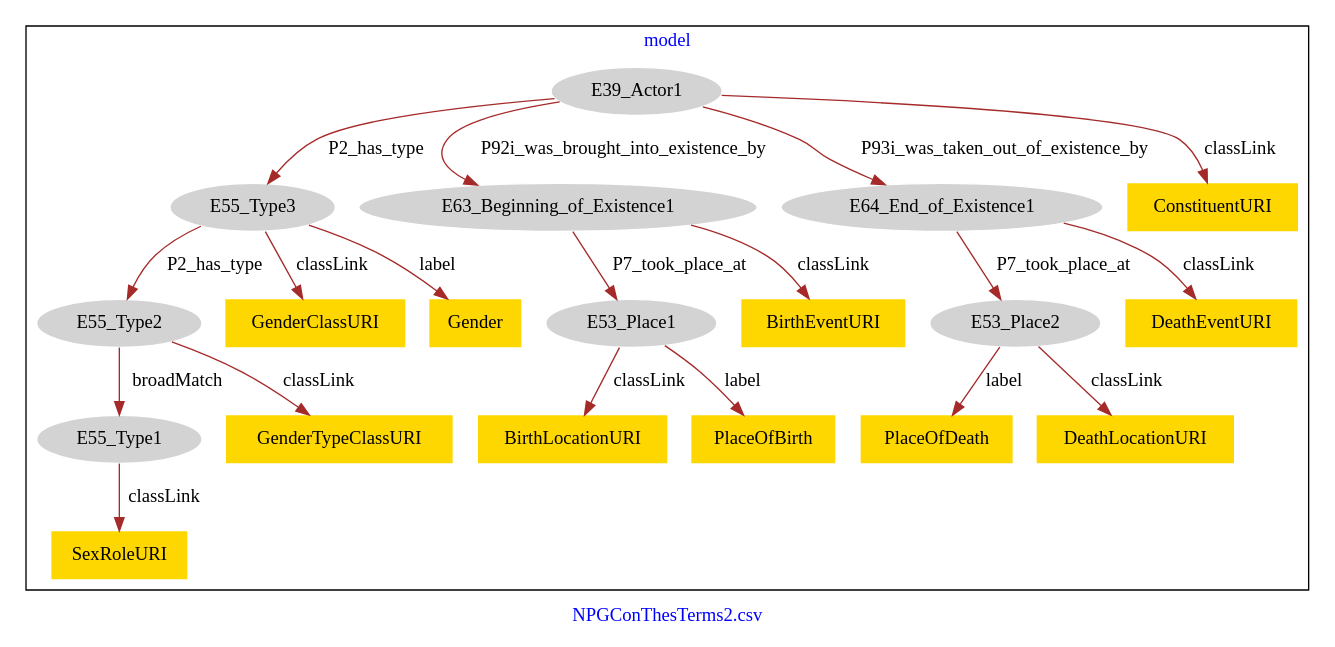
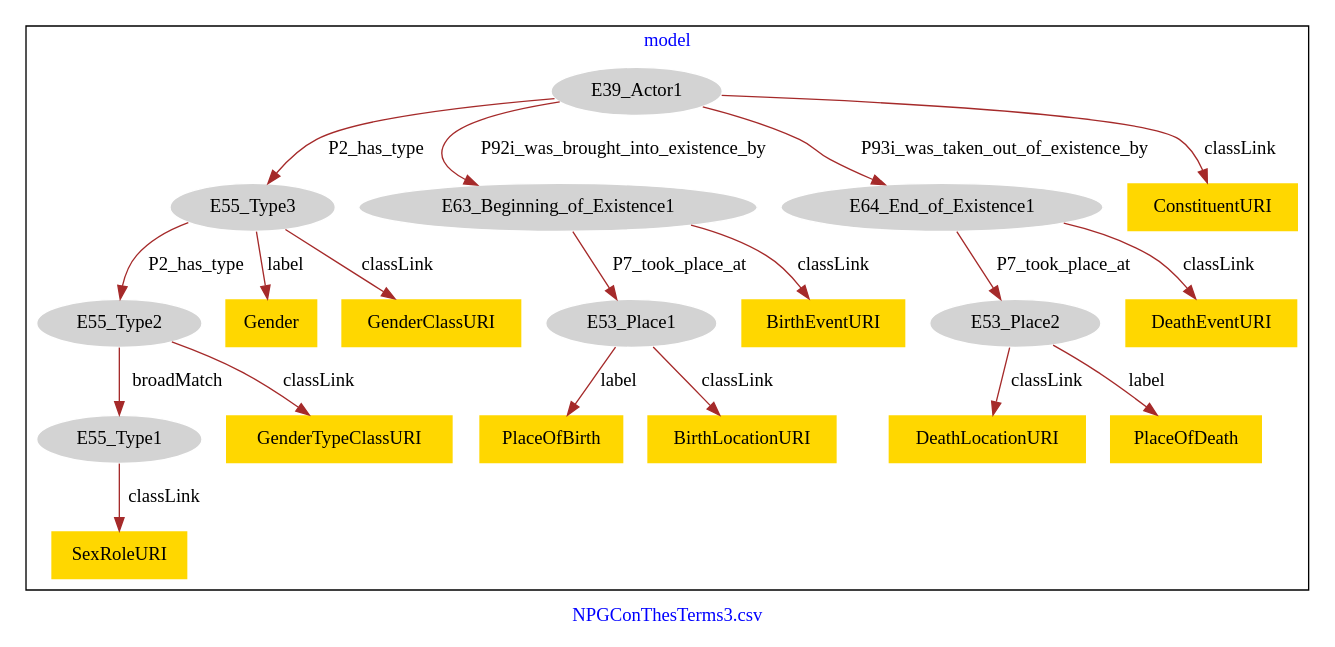
The diagram in NPGConThesTerms/NPGConThesTerms2-model.dot (american-art/npg), drawn with Graphviz before and after one commit.

Commit message:
Update file NPGConThesTerms2-model.dot

```diff
--- a/NPGConThesTerms/NPGConThesTerms2-model.dot
+++ b/NPGConThesTerms/NPGConThesTerms2-model.dot
@@ -1,45 +1,45 @@
 digraph n0 {
 fontcolor="blue"
 remincross="true"
-label="NPGConThesTerms2.csv"
+label="NPGConThesTerms3.csv"
 subgraph cluster {
 label="model"
 n2[style="filled",color="white",fillcolor="lightgray",label="E39_Actor1"];
 n3[style="filled",color="white",fillcolor="lightgray",label="E55_Type3"];
 n4[style="filled",color="white",fillcolor="lightgray",label="E63_Beginning_of_Existence1"];
 n5[style="filled",color="white",fillcolor="lightgray",label="E64_End_of_Existence1"];
 n6[style="filled",color="white",fillcolor="lightgray",label="E55_Type2"];
 n7[style="filled",color="white",fillcolor="lightgray",label="E55_Type1"];
 n8[style="filled",color="white",fillcolor="lightgray",label="E53_Place1"];
 n9[style="filled",color="white",fillcolor="lightgray",label="E53_Place2"];
-n10[shape="plaintext",style="filled",fillcolor="gold",label="GenderTypeClassURI"];
-n11[shape="plaintext",style="filled",fillcolor="gold",label="BirthEventURI"];
-n12[shape="plaintext",style="filled",fillcolor="gold",label="BirthLocationURI"];
-n13[shape="plaintext",style="filled",fillcolor="gold",label="DeathEventURI"];
-n14[shape="plaintext",style="filled",fillcolor="gold",label="PlaceOfDeath"];
-n15[shape="plaintext",style="filled",fillcolor="gold",label="GenderClassURI"];
-n16[shape="plaintext",style="filled",fillcolor="gold",label="PlaceOfBirth"];
-n17[shape="plaintext",style="filled",fillcolor="gold",label="DeathLocationURI"];
-n18[shape="plaintext",style="filled",fillcolor="gold",label="ConstituentURI"];
-n19[shape="plaintext",style="filled",fillcolor="gold",label="Gender"];
-n20[shape="plaintext",style="filled",fillcolor="gold",label="SexRoleURI"];
+n10[shape="plaintext",style="filled",fillcolor="gold",label="Gender"];
+n11[shape="plaintext",style="filled",fillcolor="gold",label="DeathLocationURI"];
+n12[shape="plaintext",style="filled",fillcolor="gold",label="PlaceOfBirth"];
+n13[shape="plaintext",style="filled",fillcolor="gold",label="BirthEventURI"];
+n14[shape="plaintext",style="filled",fillcolor="gold",label="BirthLocationURI"];
+n15[shape="plaintext",style="filled",fillcolor="gold",label="GenderTypeClassURI"];
+n16[shape="plaintext",style="filled",fillcolor="gold",label="ConstituentURI"];
+n17[shape="plaintext",style="filled",fillcolor="gold",label="SexRoleURI"];
+n18[shape="plaintext",style="filled",fillcolor="gold",label="PlaceOfDeath"];
+n19[shape="plaintext",style="filled",fillcolor="gold",label="DeathEventURI"];
+n20[shape="plaintext",style="filled",fillcolor="gold",label="GenderClassURI"];
 }
 n2 -> n3[color="brown",fontcolor="black",label="P2_has_type"]
 n2 -> n4[color="brown",fontcolor="black",label="P92i_was_brought_into_existence_by"]
 n2 -> n5[color="brown",fontcolor="black",label="P93i_was_taken_out_of_existence_by"]
 n6 -> n7[color="brown",fontcolor="black",label="broadMatch"]
 n3 -> n6[color="brown",fontcolor="black",label="P2_has_type"]
 n4 -> n8[color="brown",fontcolor="black",label="P7_took_place_at"]
 n5 -> n9[color="brown",fontcolor="black",label="P7_took_place_at"]
-n6 -> n10[color="brown",fontcolor="black",label="classLink"]
-n4 -> n11[color="brown",fontcolor="black",label="classLink"]
-n8 -> n12[color="brown",fontcolor="black",label="classLink"]
-n5 -> n13[color="brown",fontcolor="black",label="classLink"]
-n9 -> n14[color="brown",fontcolor="black",label="label"]
-n3 -> n15[color="brown",fontcolor="black",label="classLink"]
-n8 -> n16[color="brown",fontcolor="black",label="label"]
-n9 -> n17[color="brown",fontcolor="black",label="classLink"]
-n2 -> n18[color="brown",fontcolor="black",label="classLink"]
-n3 -> n19[color="brown",fontcolor="black",label="label"]
-n7 -> n20[color="brown",fontcolor="black",label="classLink"]
+n3 -> n10[color="brown",fontcolor="black",label="label"]
+n9 -> n11[color="brown",fontcolor="black",label="classLink"]
+n8 -> n12[color="brown",fontcolor="black",label="label"]
+n4 -> n13[color="brown",fontcolor="black",label="classLink"]
+n8 -> n14[color="brown",fontcolor="black",label="classLink"]
+n6 -> n15[color="brown",fontcolor="black",label="classLink"]
+n2 -> n16[color="brown",fontcolor="black",label="classLink"]
+n7 -> n17[color="brown",fontcolor="black",label="classLink"]
+n9 -> n18[color="brown",fontcolor="black",label="label"]
+n5 -> n19[color="brown",fontcolor="black",label="classLink"]
+n3 -> n20[color="brown",fontcolor="black",label="classLink"]
 }
```
